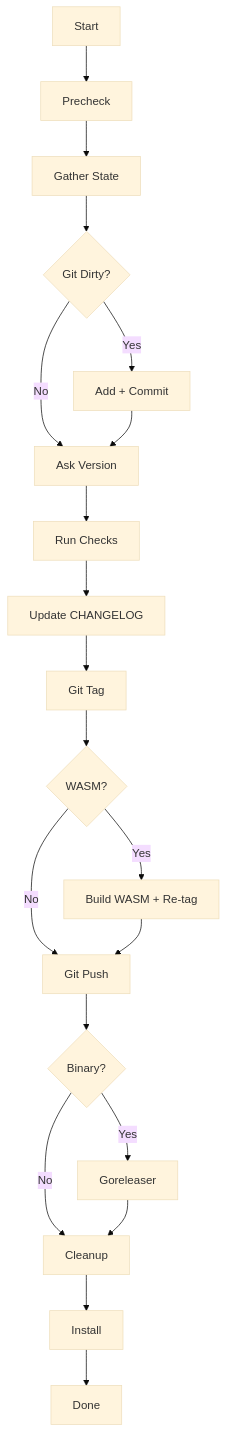
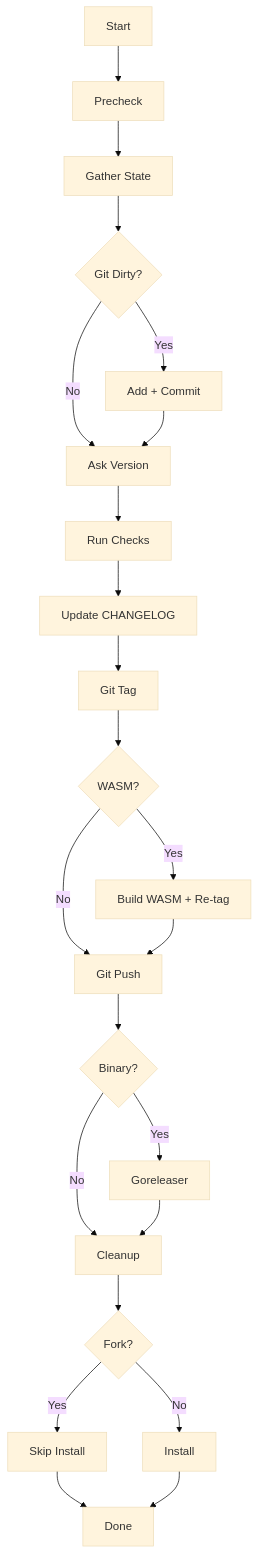
One commit to drummonds/task_release changed the diagram in docs/release-workflow.md. Above: the diagram before and after it, drawn with Mermaid (base theme). The commit also changed 7 other files, not shown here.

````diff
--- a/docs/release-workflow.md
+++ b/docs/release-workflow.md
@@ -7,22 +7,25 @@
 ```mermaid
 flowchart TD
     A[Start] --> B[Precheck]
     B --> C[Gather State]
     C --> D{Git Dirty?}
     D -->|Yes| E[Add + Commit]
     D -->|No| F[Ask Version]
     E --> F
     F --> G[Run Checks]
     G --> H[Update CHANGELOG]
     H --> I[Git Tag]
     I --> J{WASM?}
     J -->|Yes| K[Build WASM + Re-tag]
     J -->|No| L[Git Push]
     K --> L
     L --> M{Binary?}
     M -->|Yes| N[Goreleaser]
     M -->|No| O[Cleanup]
     N --> O
-    O --> P[Install]
-    P --> Q[Done]
+    O --> P{Fork?}
+    P -->|Yes| Q[Skip Install]
+    P -->|No| R[Install]
+    Q --> S[Done]
+    R --> S
 ```
````
